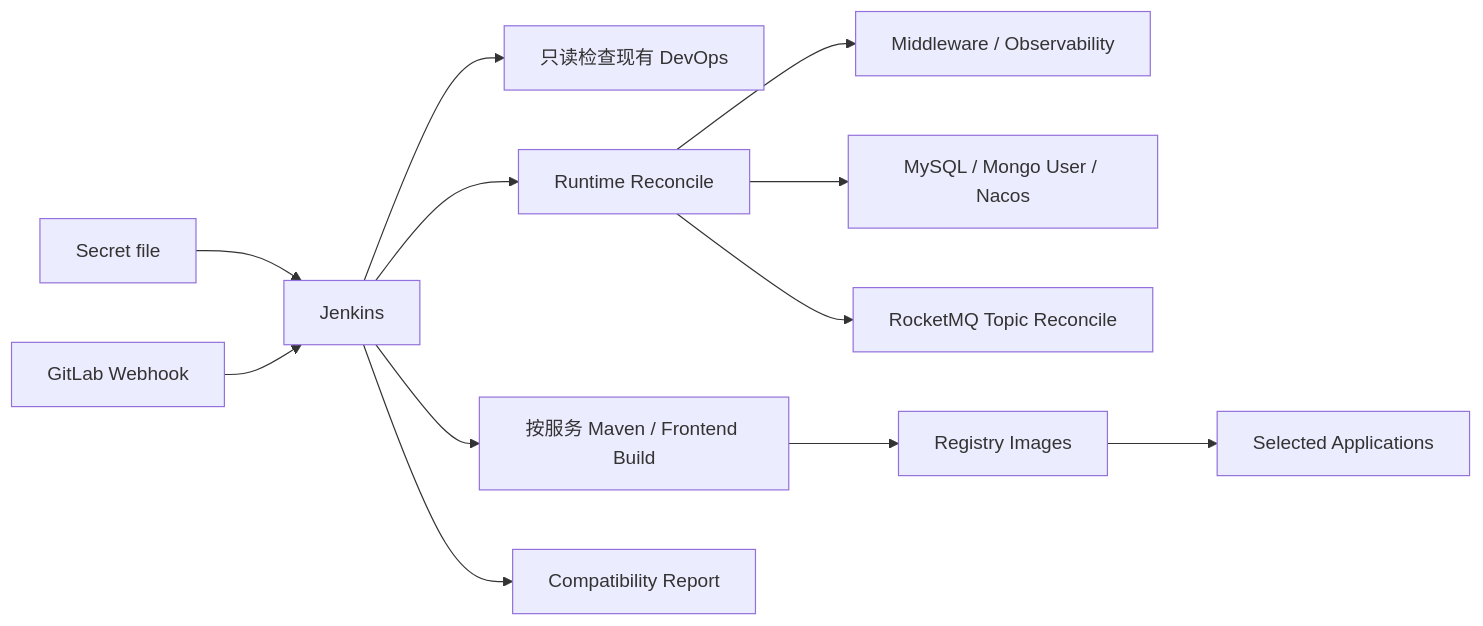
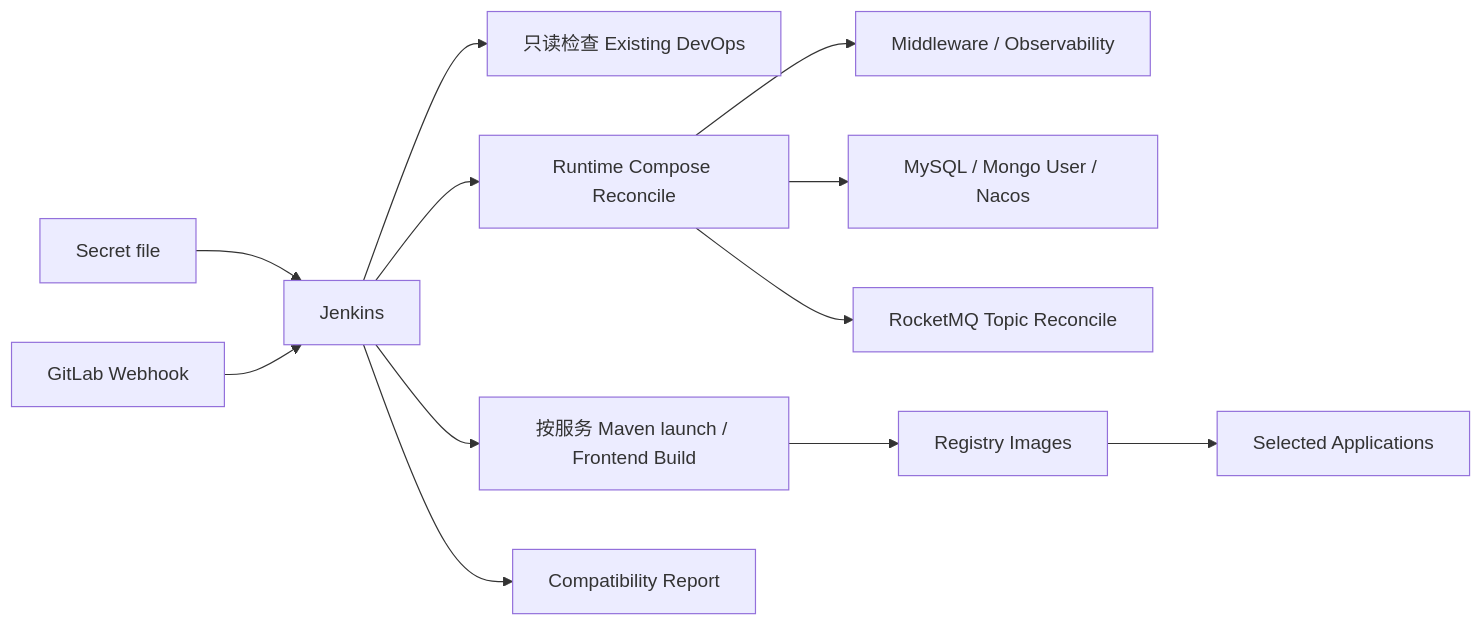
The diagram in deploy-pipline/README.md (Ryan-Guizhou/peach-cloud), drawn with Mermaid before and after one commit. The commit also changed other lines of this file and 6 other files, not shown here.

````diff
--- a/deploy-pipline/README.md
+++ b/deploy-pipline/README.md
@@ -9,14 +9,14 @@
 ```mermaid
 flowchart LR
     S[Secret file] --> J[Jenkins]
     G[GitLab Webhook] --> J
-    J --> P[只读检查现有 DevOps]
-    J --> R[Runtime Reconcile]
+    J --> P[只读检查 Existing DevOps]
+    J --> R[Runtime Compose Reconcile]
     R --> M[Middleware / Observability]
     R --> D[MySQL / Mongo User / Nacos]
     R --> Q[RocketMQ Topic Reconcile]
-    J --> B[按服务 Maven / Frontend Build]
+    J --> B[按服务 Maven launch / Frontend Build]
     B --> I[Registry Images]
     I --> A[Selected Applications]
     J --> C[Compatibility Report]
 ```
````
